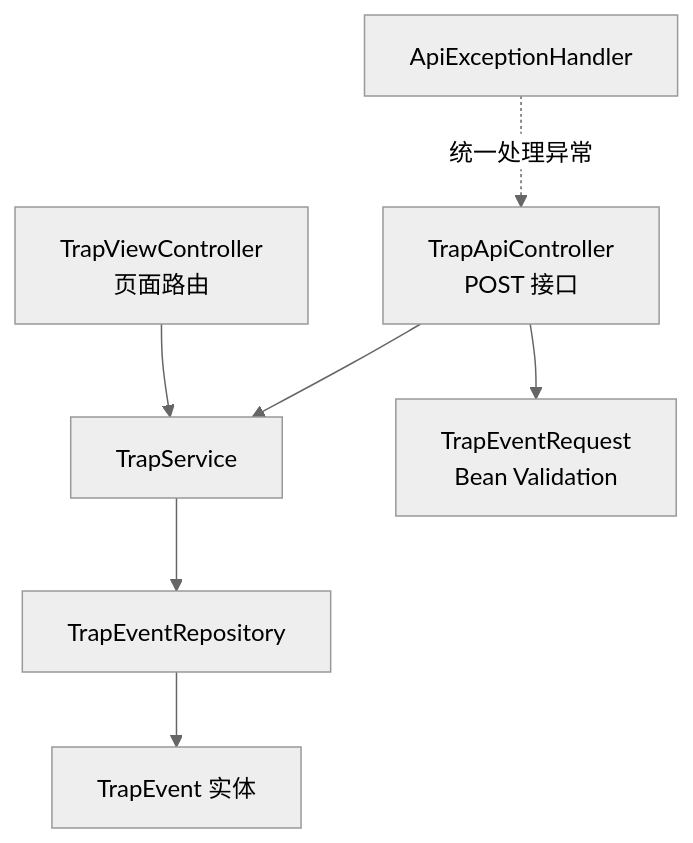
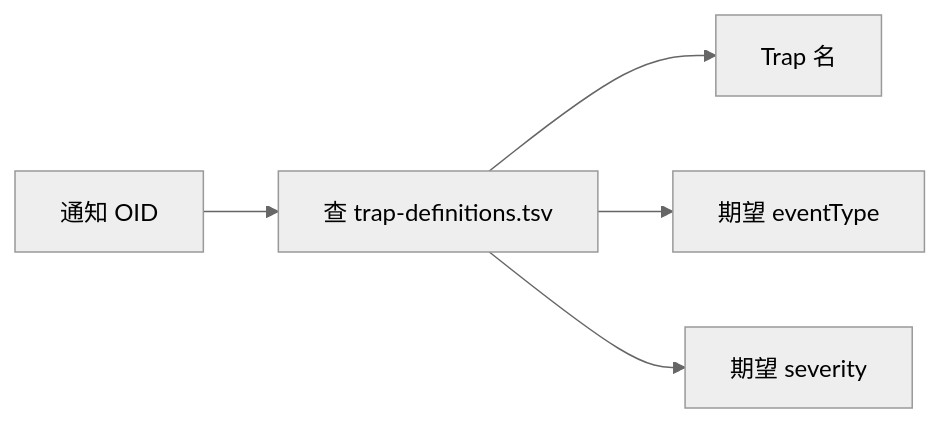
One commit to seki999/DialogueFlow_GitHub_OnLine changed the diagram in slides/snmp-trap-demo-course/08.md. Above: the diagram before and after it, drawn with Mermaid (neutral theme). The commit also changed other lines of this file and 56 other files, not shown here.

````diff
--- a/slides/snmp-trap-demo-course/08.md
+++ b/slides/snmp-trap-demo-course/08.md
@@ -5,9 +5,7 @@
 ```mermaid
-flowchart TB
-    Ctrl1[TrapApiController<br/>POST 接口] --> Svc[TrapService]
-    Ctrl2[TrapViewController<br/>页面路由] --> Svc
-    Svc --> Repo[TrapEventRepository]
-    Repo --> Ent[TrapEvent 实体]
-    Ctrl1 --> Dto[TrapEventRequest<br/>Bean Validation]
-    Err[ApiExceptionHandler] -.->|统一处理异常| Ctrl1
+flowchart LR
+    OID[通知 OID] --> Lookup[查 trap-definitions.tsv]
+    Lookup --> Name[Trap 名]
+    Lookup --> ET[期望 eventType]
+    Lookup --> SV[期望 severity]
 ```
````
